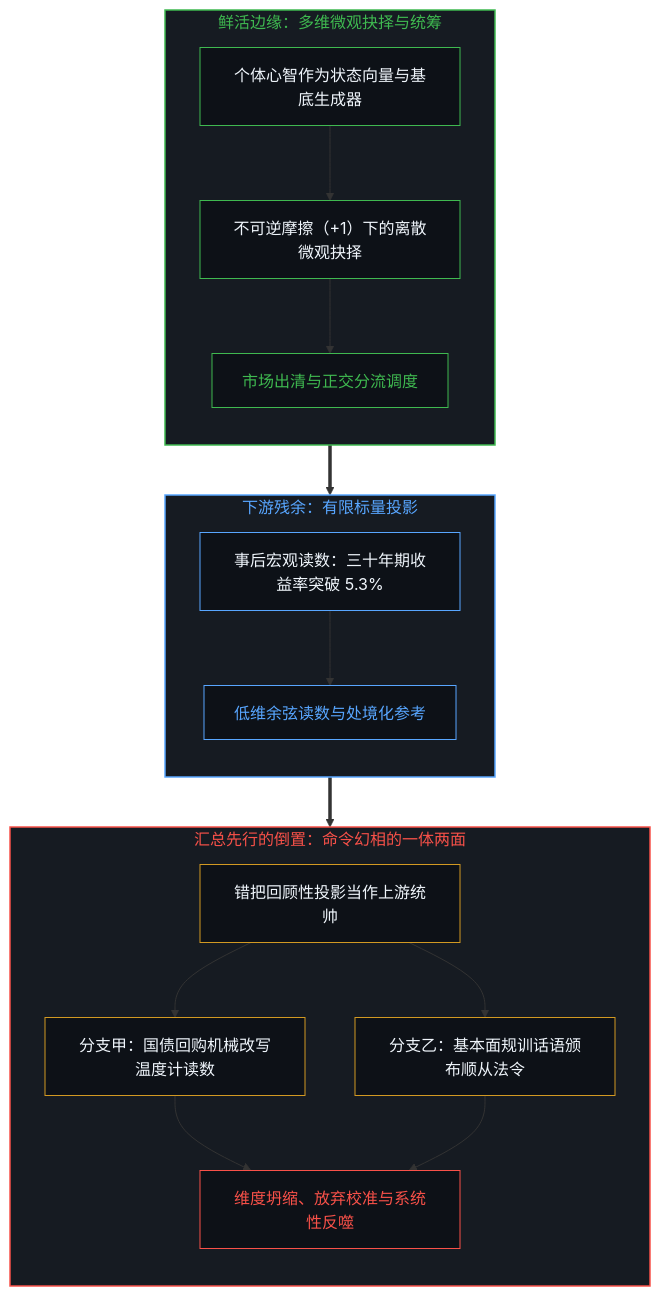
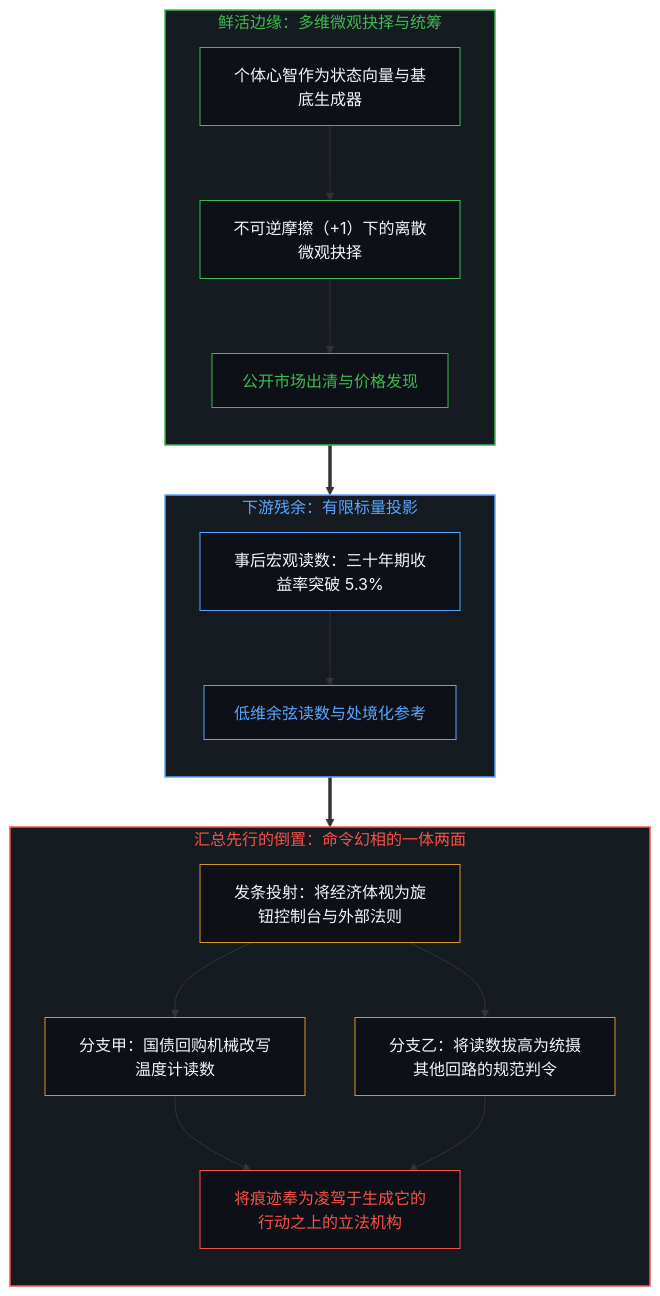
Before and after one commit to powerpig99/not-a-toe: the first of 2 diagrams in content/posts/the-summary-first-reversal-and-the-command-of-yields.md, drawn with Mermaid. The commit also changed other lines of this file and 13 other files, not shown here.

````diff
--- a/content/posts/the-summary-first-reversal-and-the-command-of-yields.md
+++ b/content/posts/the-summary-first-reversal-and-the-command-of-yields.md
@@ -49,38 +49,34 @@
 ```mermaid
 flowchart TD
     subgraph S_Edge["鲜活边缘：多维微观抉择与统筹"]
         direction TB
         M1["个体心智作为状态向量与基底生成器"] --> M2["不可逆摩擦（+1）下的离散微观抉择"]
-        M2 --> M3["市场出清与正交分流调度"]
+        M2 --> M3["公开市场出清与价格发现"]
     end
-
     subgraph S_Trace["下游残余：有限标量投影"]
         direction TB
         T1["事后宏观读数：三十年期收益率突破 5.3%"] --> T2["低维余弦读数与处境化参考"]
     end
-
     subgraph S_Reversal["汇总先行的倒置：命令幻相的一体两面"]
         direction TB
-        R1["错把回顾性投影当作上游统帅"]
+        R1["发条投射：将经济体视为旋钮控制台与外部法则"]
         R1 --> R2["分支甲：国债回购机械改写温度计读数"]
-        R1 --> R3["分支乙：基本面规训话语颁布顺从法令"]
-        R2 --> R4["维度坍缩、放弃校准与系统性反噬"]
+        R1 --> R3["分支乙：将读数拔高为统摄其他回路的规范判令"]
+        R2 --> R4["将痕迹奉为凌驾于生成它的行动之上的立法机构"]
         R3 --> R4
     end
-
     M3 ==> T1
     T2 ==> R1
-
     style S_Edge fill:#161b22,stroke:#3fb950,stroke-width:1.5px,color:#3fb950
     style S_Trace fill:#161b22,stroke:#58a6ff,stroke-width:1.5px,color:#58a6ff
     style S_Reversal fill:#161b22,stroke:#f85149,stroke-width:1.5px,color:#f85149
     style M1 fill:#0d1117,stroke:#3fb950,stroke-width:1px,color:#f0f6fc
     style M2 fill:#0d1117,stroke:#3fb950,stroke-width:1px,color:#f0f6fc
     style M3 fill:#0d1117,stroke:#3fb950,stroke-width:1px,color:#3fb950
     style T1 fill:#0d1117,stroke:#58a6ff,stroke-width:1px,color:#f0f6fc
     style T2 fill:#0d1117,stroke:#58a6ff,stroke-width:1px,color:#58a6ff
     style R1 fill:#0d1117,stroke:#d29922,stroke-width:1px,color:#f0f6fc
     style R2 fill:#0d1117,stroke:#d29922,stroke-width:1px,color:#f0f6fc
     style R3 fill:#0d1117,stroke:#d29922,stroke-width:1px,color:#f0f6fc
     style R4 fill:#0d1117,stroke:#f85149,stroke-width:1px,color:#f85149
 ```
````
